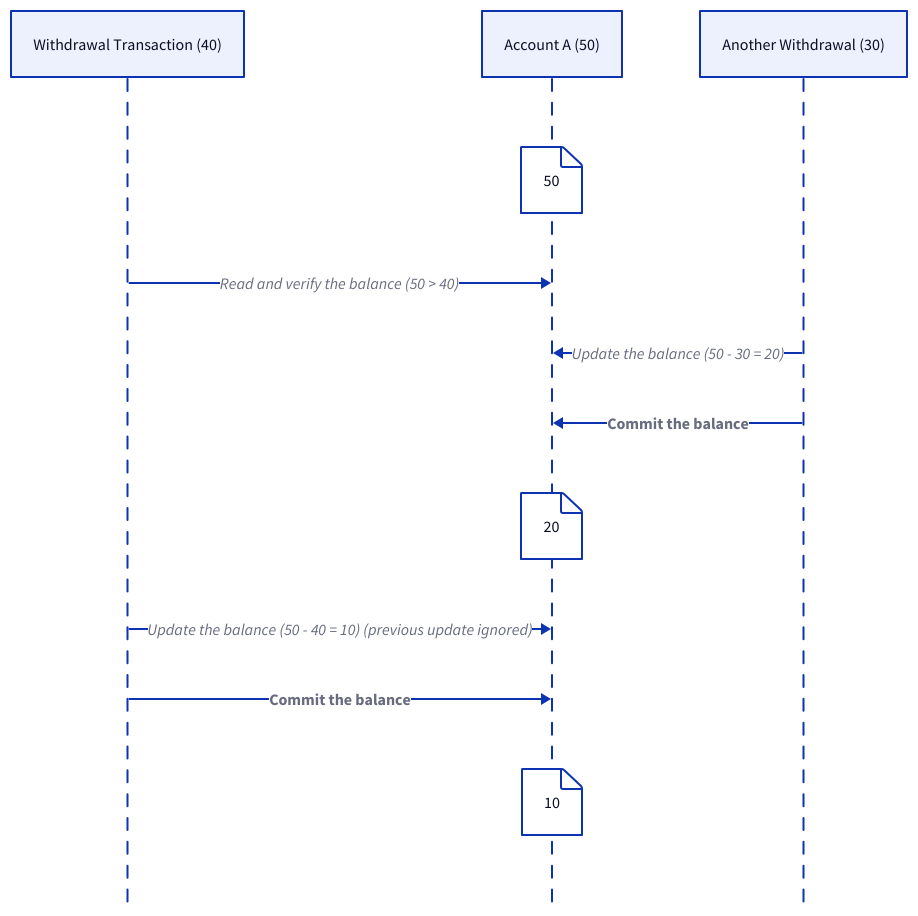
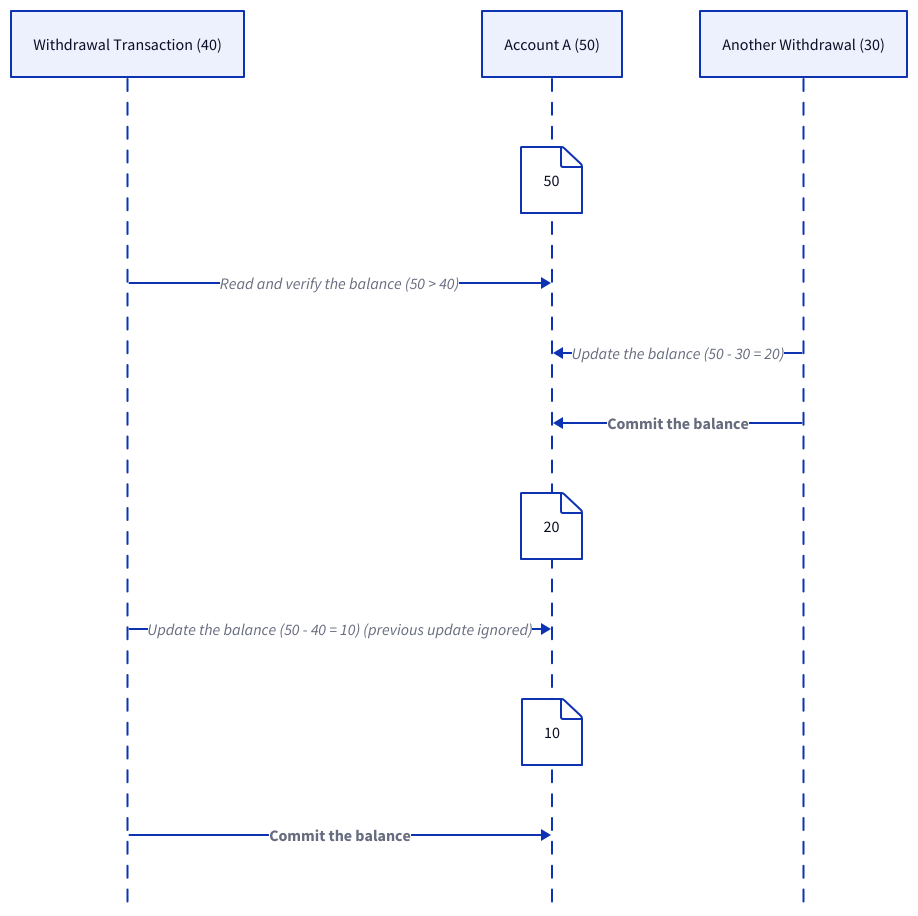
One commit to link1905/system-design-101 changed diagram 12 of 23 in content/data-persistence/sql-database/concurrency-control.md. Above: the diagram before and after it, drawn with D2. The commit also changed other lines of this file and 13 other files, not shown here.

````diff
--- a/content/data-persistence/sql-database/concurrency-control.md
+++ b/content/data-persistence/sql-database/concurrency-control.md
@@ -410,26 +411,26 @@
 ```d2
 shape: sequence_diagram
 t: Withdrawal Transaction (40)
 a: Account A (50)
 t1: Another Withdrawal (30)
 a {
   "50"
 }
 t -> a: Read and verify the balance (50 > 40)
 t1 -> a: Update the balance (50 - 30 = 20)
 t1 -> a: Commit the balance {
     style.bold: true
 }
 a {
   "20"
 }
 t -> a: Update the balance (50 - 40 = 10) (previous update ignored) {
     class: error-conn
 }
+a {
+  "10"
+}
 t -> a: Commit the balance {
     style.bold: true
 }
-a {
-  "10"
-}
 ```
````
